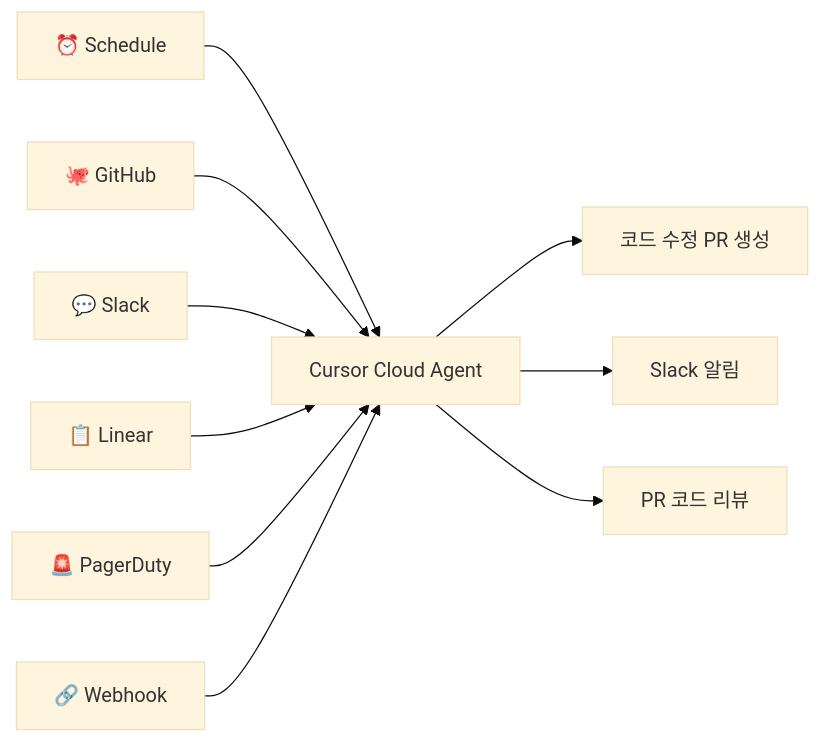
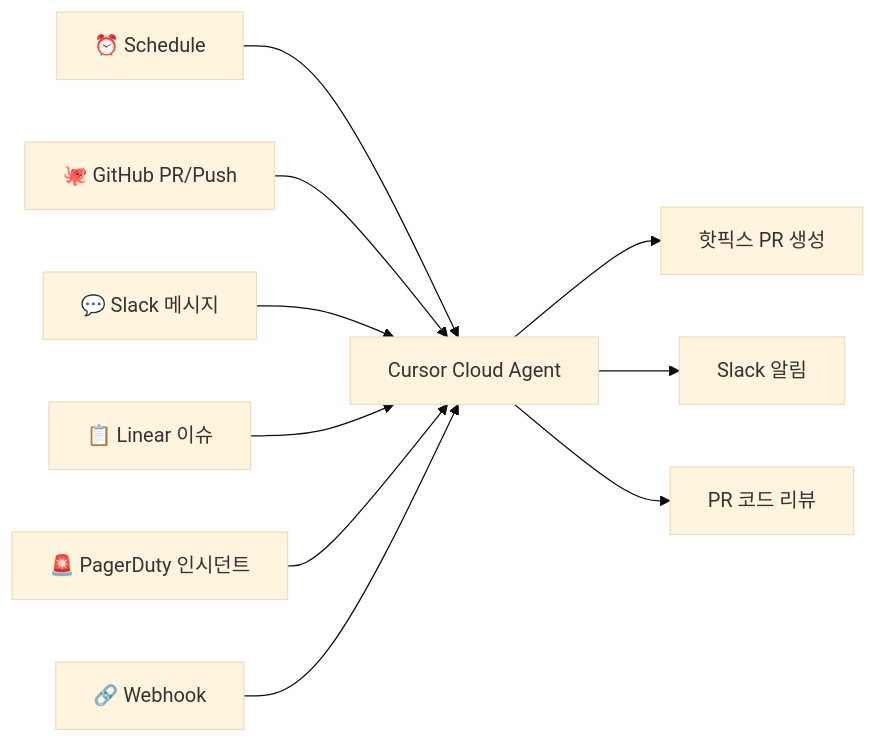
The second of 2 diagrams in ai-agentic-workflow.md (Mike-kor/my-agent-docs), drawn with Mermaid (base theme) before and after one commit. The commit also changed other lines of this file, not shown here.

````diff
--- a/ai-agentic-workflow.md
+++ b/ai-agentic-workflow.md
@@ -309,12 +384,12 @@
 ```mermaid
 flowchart LR
     A[⏰ Schedule] --> Z[Cursor Cloud Agent]
-    B[🐙 GitHub] --> Z
-    C[💬 Slack] --> Z
-    D[📋 Linear] --> Z
-    E[🚨 PagerDuty] --> Z
+    B[🐙 GitHub PR/Push] --> Z
+    C[💬 Slack 메시지] --> Z
+    D[📋 Linear 이슈] --> Z
+    E[🚨 PagerDuty 인시던트] --> Z
     F[🔗 Webhook] --> Z
-    Z --> G[코드 수정 PR 생성]
+    Z --> G[핫픽스 PR 생성]
     Z --> H[Slack 알림]
     Z --> I[PR 코드 리뷰]
 ```
````
